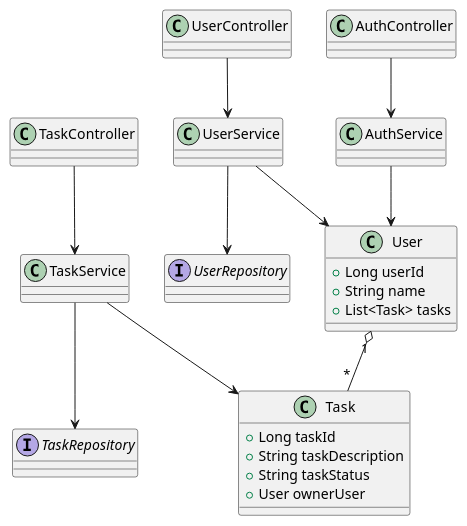
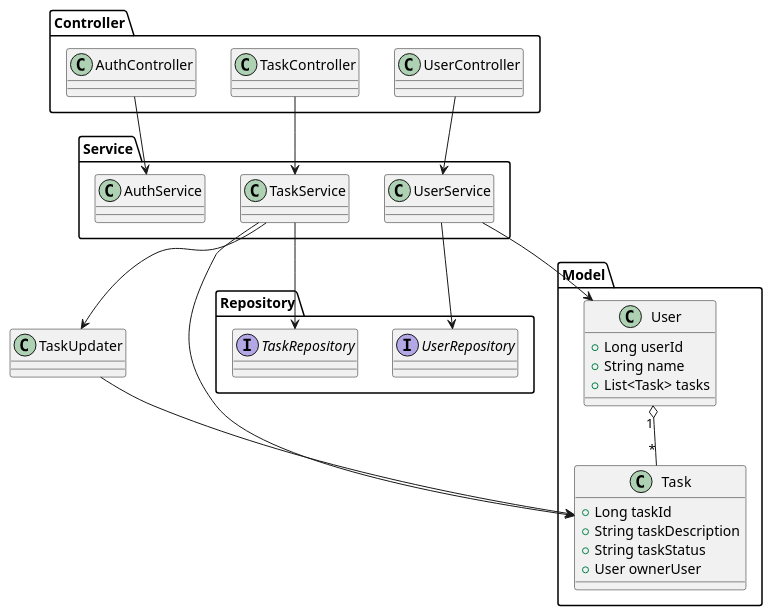
One commit to LucasEscopelli/TaskManagerApp changed the diagram in classDiagram.puml. Above: the diagram before and after it, drawn with PlantUML.

```diff
--- a/classDiagram.puml
+++ b/classDiagram.puml
@@ -1,39 +1,53 @@
 @startuml
-class User {
-    + Long userId
-    + String name
-    + List<Task> tasks
+
+package "Model" {
+    class User {
+        + Long userId
+        + String name
+        + List<Task> tasks
+    }
+
+    class Task {
+        + Long taskId
+        + String taskDescription
+        + String taskStatus
+        + User ownerUser
+    }
+
+    User "1" o-- "*" Task
 }
 
-class Task {
-    + Long taskId
-    + String taskDescription
-    + String taskStatus
-    + User ownerUser
+package "Repository" {
+    interface UserRepository
+    interface TaskRepository
 }
 
-interface UserRepository
-interface TaskRepository
+package "Service" {
+    class TaskService
+    class UserService
+    class AuthService
+}
 
-class UserService
-class TaskService
-class AuthService
+package "Controller" {
+    class TaskController
+    class UserController
+    class AuthController
+}
 
-class UserController
-class TaskController
-class AuthController
+class TaskUpdater
 
-
-User "1" o-- "*" Task
-
+AuthController--> AuthService
 UserController --> UserService
 TaskController --> TaskService
-AuthController --> AuthService
+
 
 UserService --> UserRepository
 TaskService --> TaskRepository
+TaskService --> TaskUpdater 
+
+
+TaskUpdater --> Task
 
 UserService --> User
 TaskService --> Task
-AuthService --> User
 @enduml
```
